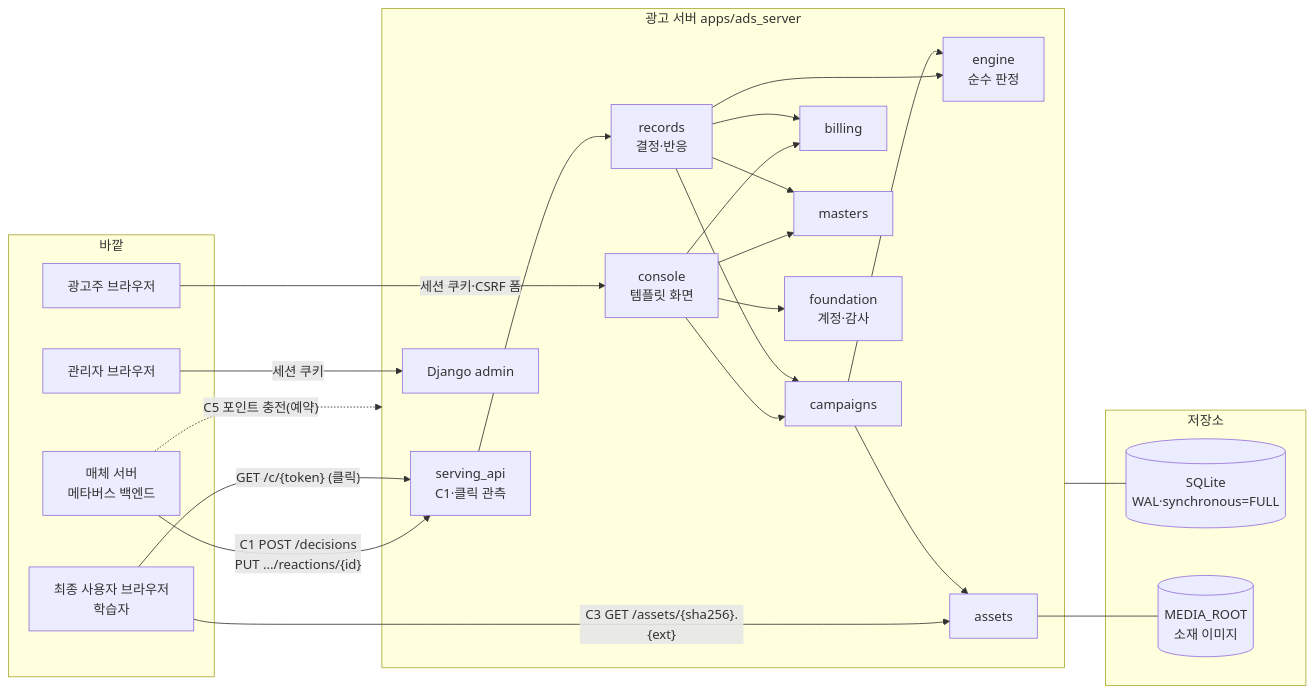
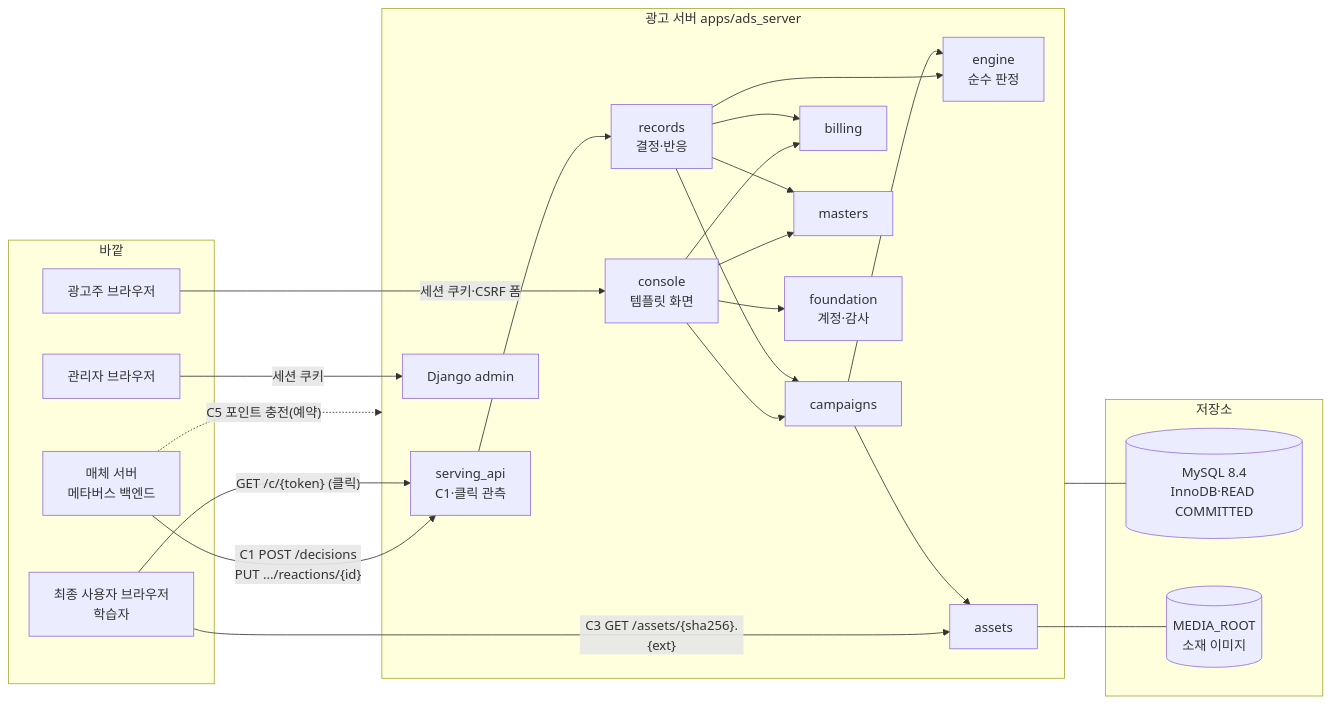
Before and after one commit to encore-ai-campus/mlo-01-p3-team2: the first of 7 diagrams in docs/ads-server/ads-server-drd.md, drawn with Mermaid. The commit also changed other lines of this file and 4 other files, not shown here.

````diff
--- a/docs/ads-server/ads-server-drd.md
+++ b/docs/ads-server/ads-server-drd.md
@@ -87,41 +87,41 @@
 ```mermaid
 flowchart LR
     subgraph EXT[바깥]
         MEDIA[매체 서버<br/>메타버스 백엔드]
         USER[최종 사용자 브라우저<br/>학습자]
         ADV[광고주 브라우저]
         ADMIN[관리자 브라우저]
     end
 
     subgraph ADS[광고 서버 apps/ads_server]
         SAPI[serving_api<br/>C1·클릭 관측]
         CON[console<br/>템플릿 화면]
         DJA[Django admin]
         REC[records<br/>결정·반응]
         CAM[campaigns]
         BIL[billing]
         MAS[masters]
         ENG[engine<br/>순수 판정]
         AST[assets]
         FND[foundation<br/>계정·감사]
     end
 
     subgraph STORE[저장소]
-        DB[(SQLite<br/>WAL·synchronous=FULL)]
+        DB[(MySQL 8.4<br/>InnoDB·READ COMMITTED)]
         FILES[(MEDIA_ROOT<br/>소재 이미지)]
     end
 
     MEDIA -- "C1 POST /decisions<br/>PUT .../reactions/{id}" --> SAPI
     USER -- "GET /c/{token} (클릭)" --> SAPI
     USER -- "C3 GET /assets/{sha256}.{ext}" --> AST
     ADV -- "세션 쿠키·CSRF 폼" --> CON
     ADMIN -- "세션 쿠키" --> DJA
     MEDIA -. "C5 포인트 충전(예약)" .-> ADS
 
     SAPI --> REC
     CON --> CAM & BIL & MAS & FND
     REC --> ENG & CAM & BIL & MAS
     CAM --> AST & ENG
     ADS --- DB
     AST --- FILES
 ```
````
